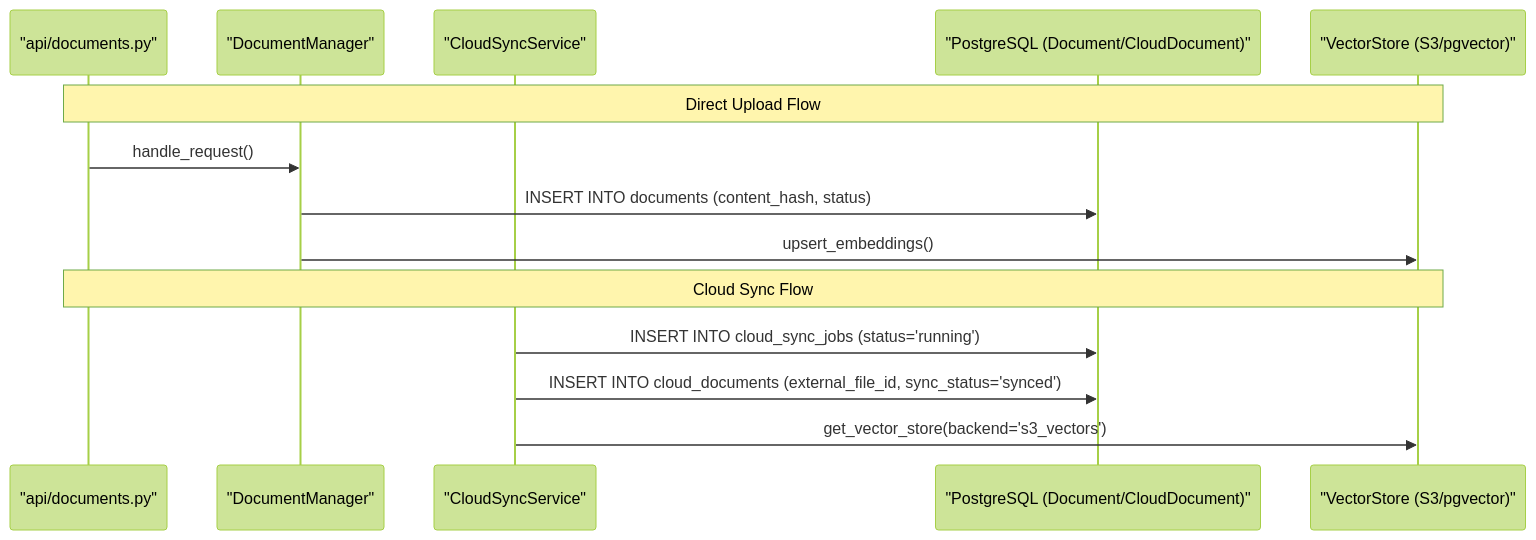
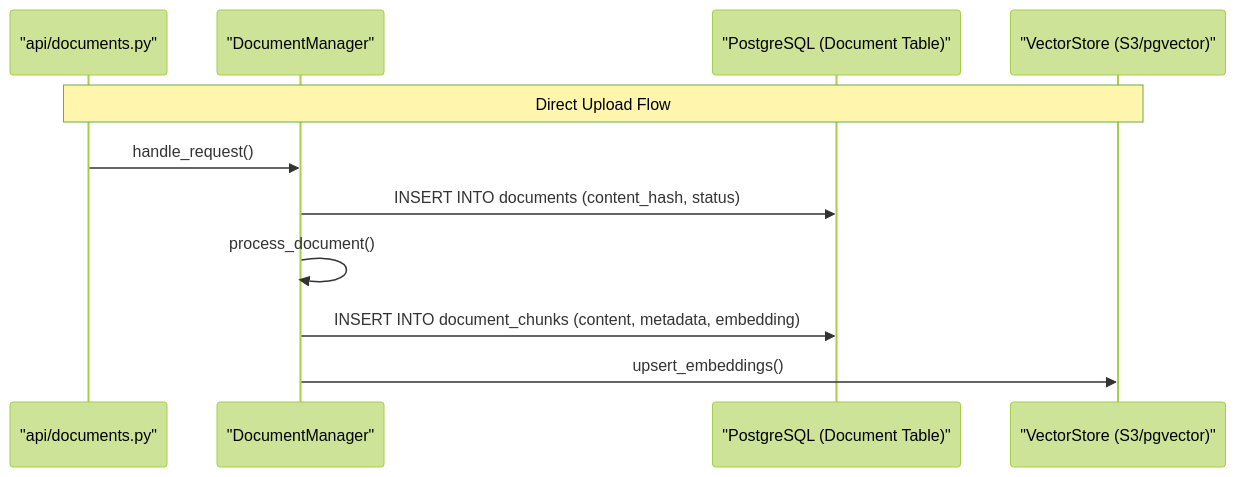
Before and after one commit to AutomatosAI/automatos-ai: the second of 2 diagrams in docs/knowledge-base-rag/document-ingestion-pipeline.md, drawn with Mermaid (forest theme). The commit also changed other lines of this file and 191 other files, not shown here.

````diff
--- a/docs/knowledge-base-rag/document-ingestion-pipeline.md
+++ b/docs/knowledge-base-rag/document-ingestion-pipeline.md
@@ -168,18 +183,14 @@
 ```mermaid
 sequenceDiagram
     participant API as "api/documents.py"
     participant DM as "DocumentManager"
-    participant CS as "CloudSyncService"
-    participant DB as "PostgreSQL (Document/CloudDocument)"
+    participant DB as "PostgreSQL (Document Table)"
     participant VS as "VectorStore (S3/pgvector)"
 
     Note over API, VS: Direct Upload Flow
     API->>DM: handle_request()
     DM->>DB: INSERT INTO documents (content_hash, status)
+    DM->>DM: process_document()
+    DM->>DB: INSERT INTO document_chunks (content, metadata, embedding)
     DM->>VS: upsert_embeddings()
-    
-    Note over API, VS: Cloud Sync Flow
-    CS->>DB: INSERT INTO cloud_sync_jobs (status='running')
-    CS->>DB: INSERT INTO cloud_documents (external_file_id, sync_status='synced')
-    CS->>VS: get_vector_store(backend='s3_vectors')
 ```
````
